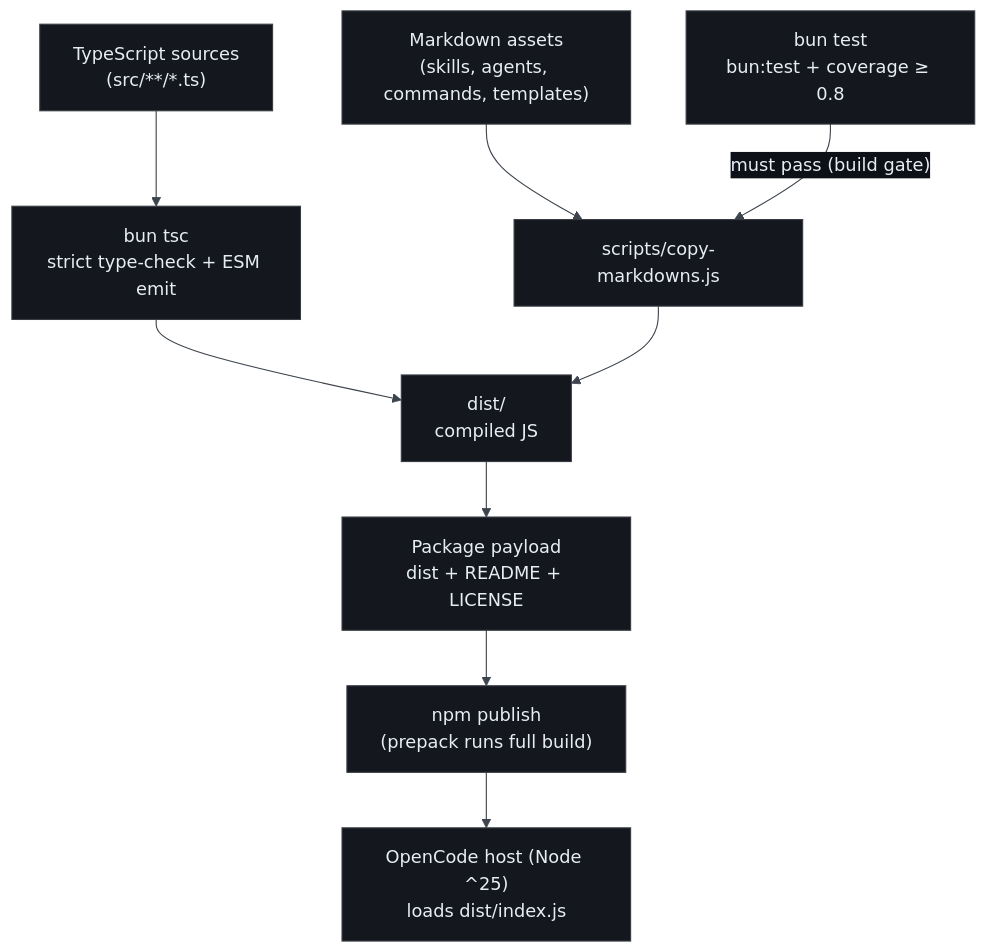
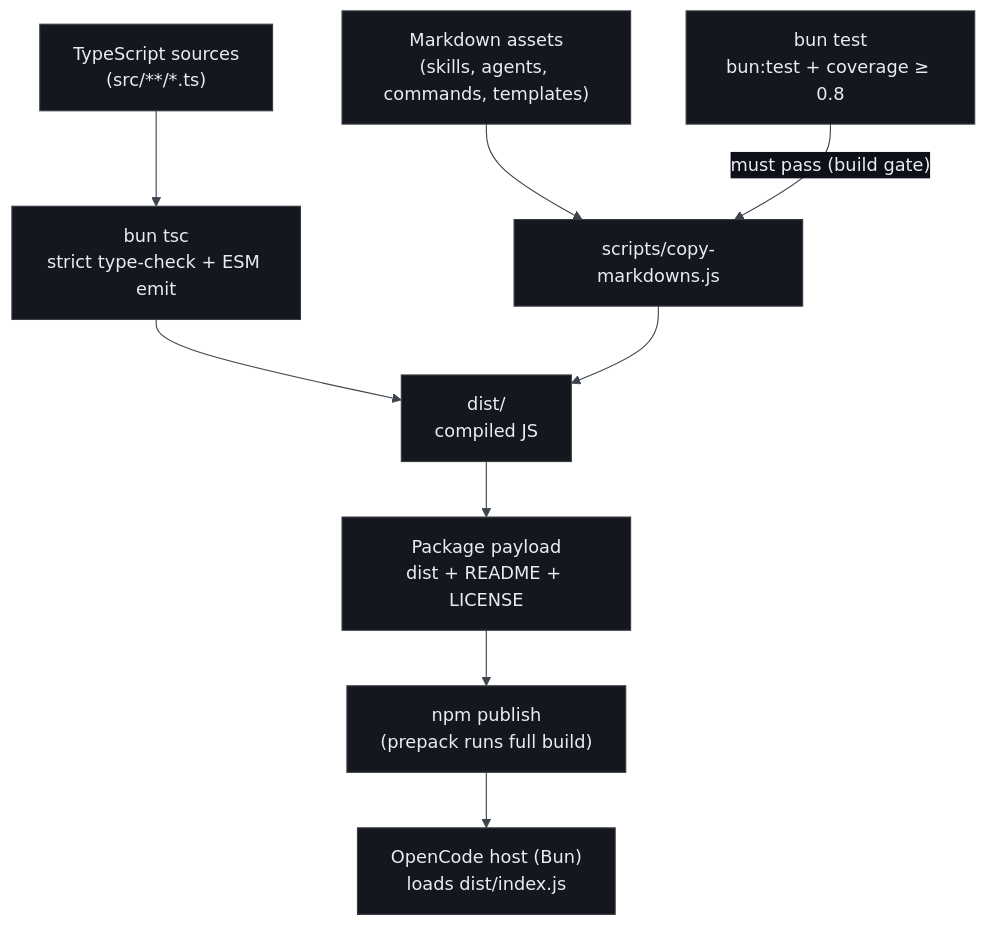
The diagram in .owflow/docs/project/tech-stack.md (palucdev/owflow), drawn with Mermaid before and after one commit. The commit also changed other lines of this file and 93 other files, not shown here.

````diff
--- a/.owflow/docs/project/tech-stack.md
+++ b/.owflow/docs/project/tech-stack.md
@@ -44,31 +53,31 @@
 ```mermaid
 %%{init: {
   "theme": "base",
   "themeVariables": {
     "darkMode": true,
     "background": "#0d1117",
     "primaryColor": "#14181e",
     "primaryTextColor": "#e6edf3",
     "primaryBorderColor": "#383d43",
     "lineColor": "#3d444d",
     "arrowheadColor": "#4493f8",
     "textColor": "#e6edf3",
     "tertiaryColor": "#181c22",
     "titleColor": "#e6edf3",
     "edgeLabelBackground": "#0d1117",
     "stateLabelColor": "#e6edf3",
     "noteBkgColor": "#181c22",
     "noteBorderColor": "#3d444d",
     "noteTextColor": "#e6edf3"
   }
 }}%%
 flowchart TD
   ts["TypeScript sources<br/>(src/**/*.ts)"] --> tsc["bun tsc<br/>strict type-check + ESM emit"]
   tsc --> dist["dist/<br/>compiled JS"]
   md["Markdown assets<br/>(skills, agents, commands, templates)"] --> copy["scripts/copy-markdowns.js"]
   test["bun test<br/>bun:test + coverage ≥ 0.8"] -->|"must pass (build gate)"| copy
   copy --> dist
   dist --> payload["Package payload<br/>dist + README + LICENSE"]
   payload --> publish["npm publish<br/>(prepack runs full build)"]
-  publish --> host["OpenCode host (Node ^25)<br/>loads dist/index.js"]
+  publish --> host["OpenCode host (Bun)<br/>loads dist/index.js"]
 ```
````
